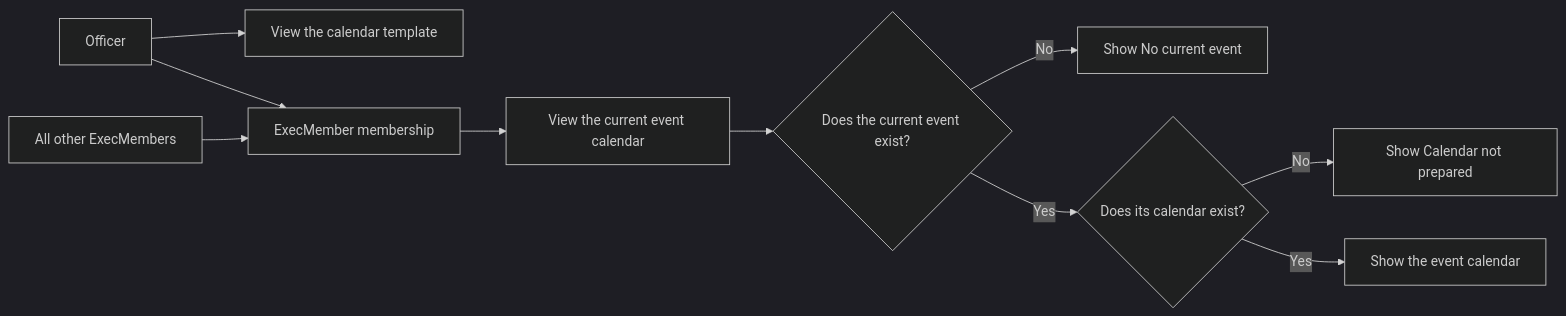
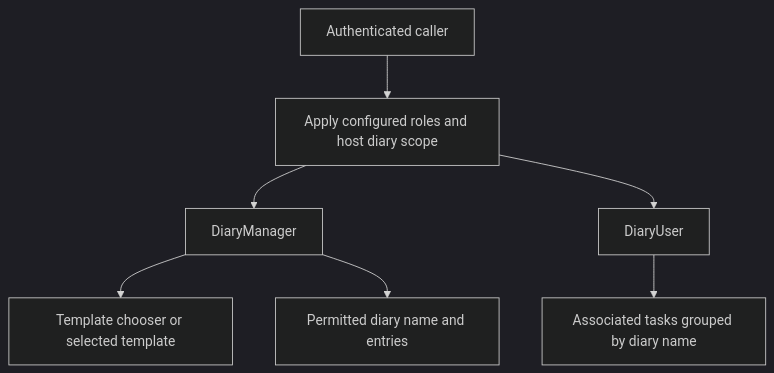
One commit to TonyFlury/GarageSale changed diagram 11 of 13 in docs/design/event-calendar.md. Above: the diagram before and after it, drawn with Mermaid (dark theme). The commit also changed other lines of this file and 2 other files, not shown here.

Commit message:
docs: make Diary access design independent of host events and groups

````diff
--- a/docs/design/event-calendar.md
+++ b/docs/design/event-calendar.md
@@ -836,12 +829,9 @@
 ```mermaid
-flowchart LR
-    A[Officer] --> B[View the calendar template]
-    A --> C[ExecMember membership]
-    D[All other ExecMembers] --> C
-    C --> E[View the current event calendar]
-    E --> F{Does the current event exist?}
-    F -->|No| G[Show No current event]
-    F -->|Yes| H{Does its calendar exist?}
-    H -->|No| I[Show Calendar not prepared]
-    H -->|Yes| J[Show the event calendar]
+flowchart TD
+    A[Authenticated caller] --> B[Apply configured roles and host diary scope]
+    B --> C[DiaryManager]
+    B --> D[DiaryUser]
+    C --> E[Template chooser or selected template]
+    C --> F[Permitted diary name and entries]
+    D --> G[Associated tasks grouped by diary name]
 ```
````
